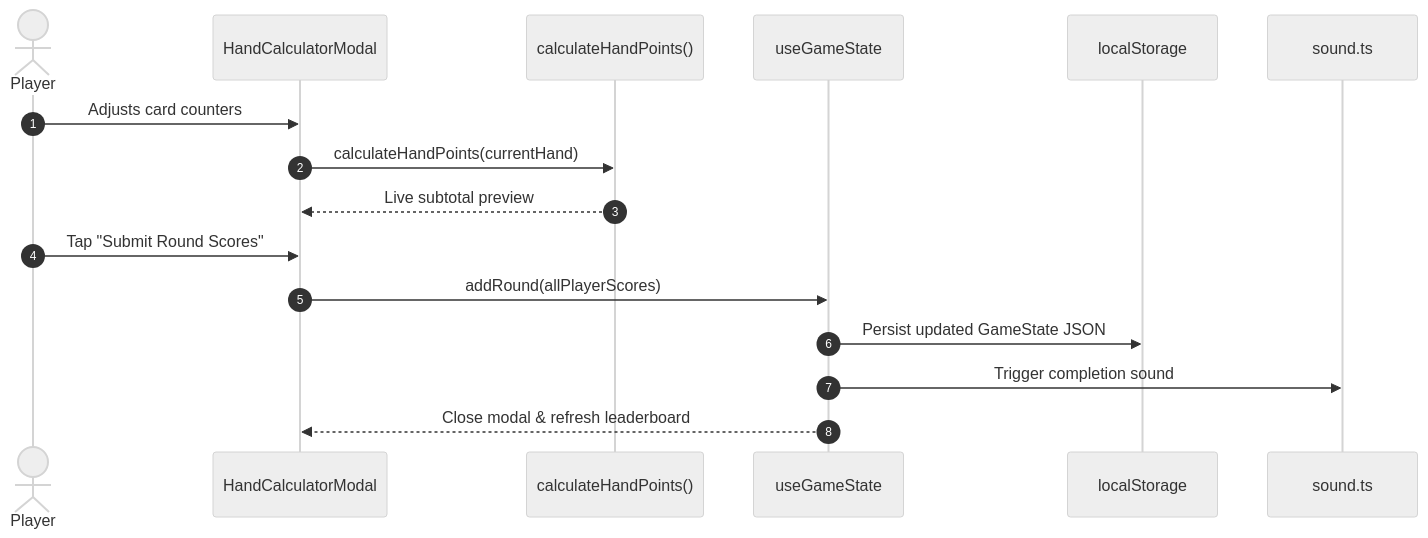
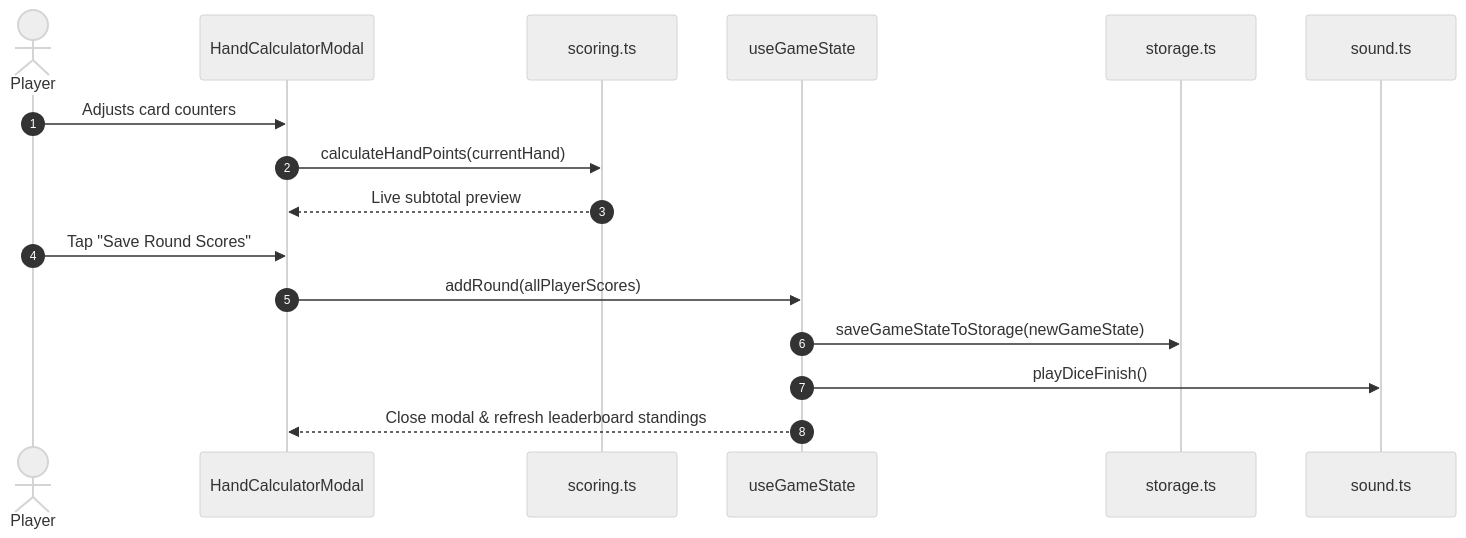
One commit to simo-macca/pandoras-box-app changed the second of 2 diagrams in docs/ARCHITECTURE.md. Above: the diagram before and after it, drawn with Mermaid (neutral theme). The commit also changed other lines of this file and 3 other files, not shown here.

````diff
--- a/docs/ARCHITECTURE.md
+++ b/docs/ARCHITECTURE.md
@@ -268,19 +338,19 @@
 ```mermaid
 sequenceDiagram
     autonumber
     actor Player
     participant UI as HandCalculatorModal
-    participant Calc as calculateHandPoints()
+    participant Calc as scoring.ts
     participant Engine as useGameState
-    participant Storage as localStorage
+    participant Storage as storage.ts
     participant Audio as sound.ts
 
     Player->>UI: Adjusts card counters
     UI->>Calc: calculateHandPoints(currentHand)
     Calc-->>UI: Live subtotal preview
-    Player->>UI: Tap "Submit Round Scores"
+    Player->>UI: Tap "Save Round Scores"
     UI->>Engine: addRound(allPlayerScores)
-    Engine->>Storage: Persist updated GameState JSON
-    Engine->>Audio: Trigger completion sound
-    Engine-->>UI: Close modal & refresh leaderboard
+    Engine->>Storage: saveGameStateToStorage(newGameState)
+    Engine->>Audio: playDiceFinish()
+    Engine-->>UI: Close modal & refresh leaderboard standings
 ```
````
